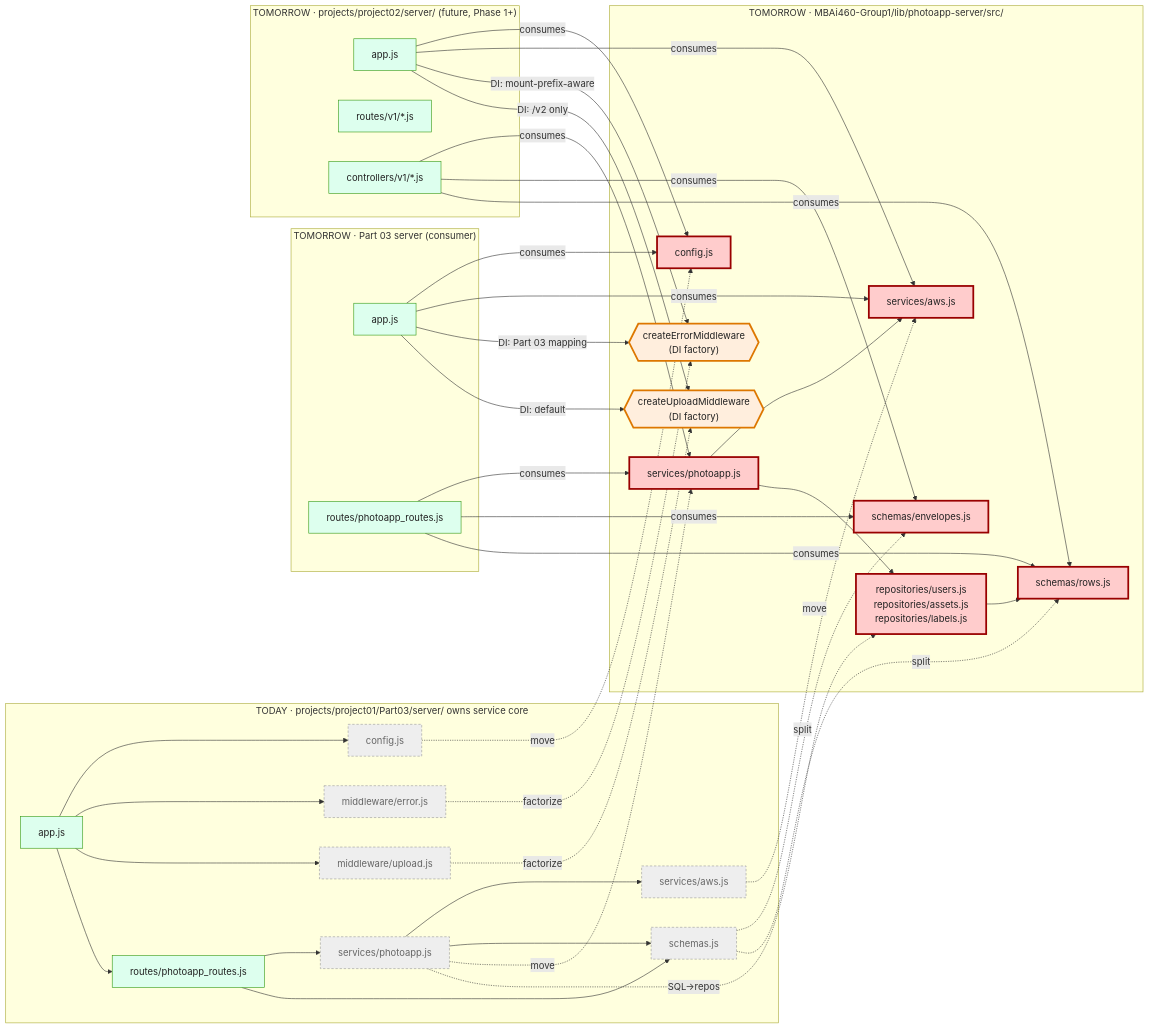
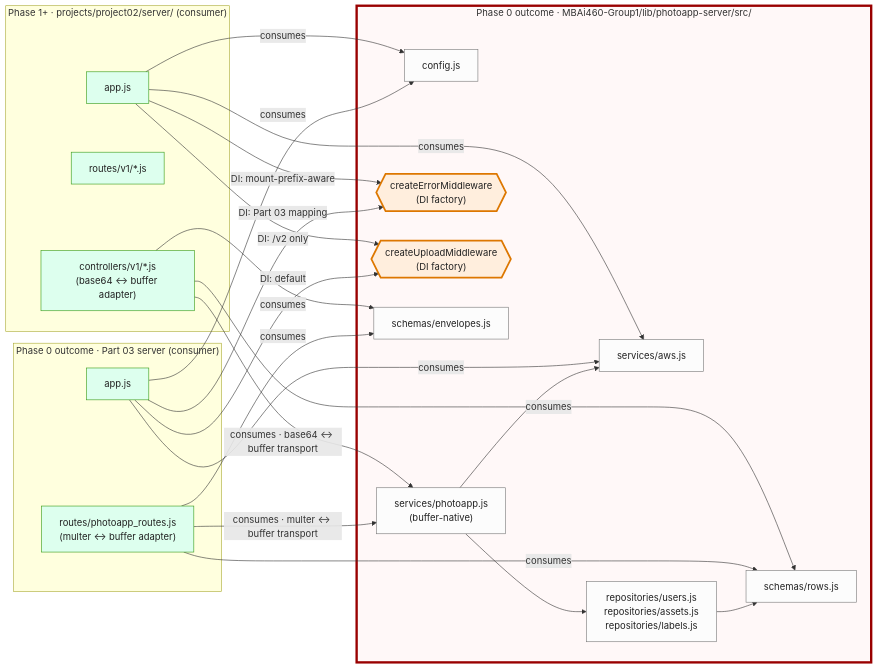
One commit to ebber/MBAi460-Group1 changed the second of 2 diagrams in visualizations/Target-State-mbai460-photoapp-server-lib-extraction-v1.md. Above: the diagram before and after it, drawn with Mermaid. The commit also changed other lines of this file, not shown here.

````diff
--- a/visualizations/Target-State-mbai460-photoapp-server-lib-extraction-v1.md
+++ b/visualizations/Target-State-mbai460-photoapp-server-lib-extraction-v1.md
@@ -31,20 +77,9 @@
 ```mermaid
 flowchart LR
-    subgraph TODAY["TODAY · projects/project01/Part03/server/ owns service core"]
-        T_APP["app.js"]
-        T_CFG["config.js"]
-        T_AWS["services/aws.js"]
-        T_PHOTO["services/photoapp.js"]
-        T_ERR["middleware/error.js"]
-        T_UPL["middleware/upload.js"]
-        T_SCH["schemas.js"]
-        T_RT["routes/photoapp_routes.js"]
-    end
-
-    subgraph LIB["TOMORROW · MBAi460-Group1/lib/photoapp-server/src/"]
+    subgraph LIB["Phase 0 outcome · MBAi460-Group1/lib/photoapp-server/src/"]
         L_CFG["config.js"]
         L_AWS["services/aws.js"]
-        L_PHOTO["services/photoapp.js"]
+        L_PHOTO["services/photoapp.js<br/>(buffer-native)"]
         L_REPOS["repositories/users.js<br/>repositories/assets.js<br/>repositories/labels.js"]
         L_ERRf{{"createErrorMiddleware<br/>(DI factory)"}}
         L_UPLf{{"createUploadMiddleware<br/>(DI factory)"}}
@@ -52,43 +87,28 @@
         L_ROW["schemas/rows.js"]
     end
 
-    subgraph P03A["TOMORROW · Part 03 server (consumer)"]
+    subgraph P03A["Phase 0 outcome · Part 03 server (consumer)"]
         A_APP["app.js"]
-        A_RT["routes/photoapp_routes.js"]
+        A_RT["routes/photoapp_routes.js<br/>(multer ↔ buffer adapter)"]
     end
 
-    subgraph P02["TOMORROW · projects/project02/server/ (future, Phase 1+)"]
+    subgraph P02["Phase 1+ · projects/project02/server/ (consumer)"]
         P_APP["app.js"]
         P_RT["routes/v1/*.js"]
-        P_CTRL["controllers/v1/*.js"]
+        P_CTRL["controllers/v1/*.js<br/>(base64 ↔ buffer adapter)"]
     end
 
-    %% Today's wiring
-    T_APP --> T_CFG
-    T_APP --> T_ERR
-    T_APP --> T_UPL
-    T_APP --> T_RT
-    T_RT --> T_PHOTO
-    T_RT --> T_SCH
-    T_PHOTO --> T_AWS
-    T_PHOTO --> T_SCH
+    %% Library internal wiring
+    L_PHOTO --> L_AWS
+    L_PHOTO --> L_REPOS
+    L_REPOS --> L_ROW
 
-    %% Extraction (today → lib)
-    T_CFG -.move.-> L_CFG
-    T_AWS -.move.-> L_AWS
-    T_PHOTO -.move.-> L_PHOTO
-    T_ERR -.factorize.-> L_ERRf
-    T_UPL -.factorize.-> L_UPLf
-    T_SCH -.split.-> L_ENV
-    T_SCH -.split.-> L_ROW
-    T_PHOTO -.SQL→repos.-> L_REPOS
-
-    %% Part 03 after extraction consumes lib
+    %% Part 03 (consumer) consumes lib
     A_APP -- consumes --> L_CFG
     A_APP -- consumes --> L_AWS
     A_APP -- "DI: Part 03 mapping" --> L_ERRf
     A_APP -- "DI: default" --> L_UPLf
-    A_RT -- consumes --> L_PHOTO
+    A_RT -- "consumes · multer ↔ buffer transport" --> L_PHOTO
     A_RT -- consumes --> L_ENV
     A_RT -- consumes --> L_ROW
 
@@ -97,28 +117,22 @@
     P_APP -- consumes --> L_AWS
     P_APP -- "DI: mount-prefix-aware" --> L_ERRf
     P_APP -- "DI: /v2 only" --> L_UPLf
-    P_CTRL -- consumes --> L_PHOTO
+    P_CTRL -- "consumes · base64 ↔ buffer transport" --> L_PHOTO
     P_CTRL -- consumes --> L_ENV
     P_CTRL -- consumes --> L_ROW
 
-    %% Library internal wiring
-    L_PHOTO --> L_AWS
-    L_PHOTO --> L_REPOS
-    L_REPOS --> L_ROW
+    %% Library boundary — RED border on the LIB subgraph itself
+    style LIB stroke:#900,stroke-width:4px,fill:#fff8f8
 
-    %% Library boundary in RED
-    classDef libBoundary fill:#fcc,stroke:#900,stroke-width:3px,color:#222
-    class L_CFG,L_AWS,L_PHOTO,L_REPOS,L_ENV,L_ROW libBoundary
+    %% Library internal modules — neutral (library boundary is the styled element, not the modules)
+    classDef libModule fill:#fcfcfc,stroke:#777,color:#222
+    class L_CFG,L_AWS,L_PHOTO,L_REPOS,L_ENV,L_ROW libModule
 
     %% DI seams (factories) in AMBER
     classDef diSeam fill:#fed,stroke:#d70,stroke-width:3px,color:#222
     class L_ERRf,L_UPLf diSeam
 
-    %% Today's deprecated modules (gone after extraction) in grey-dashed
-    classDef deprecated fill:#eee,stroke:#999,color:#666,stroke-dasharray: 4 3
-    class T_CFG,T_AWS,T_PHOTO,T_ERR,T_UPL,T_SCH deprecated
-
     %% Surface modules (consumers) in green
     classDef surfaceMod fill:#dfe,stroke:#391,color:#222
-    class T_APP,T_RT,A_APP,A_RT,P_APP,P_RT,P_CTRL surfaceMod
+    class A_APP,A_RT,P_APP,P_RT,P_CTRL surfaceMod
 ```
````
